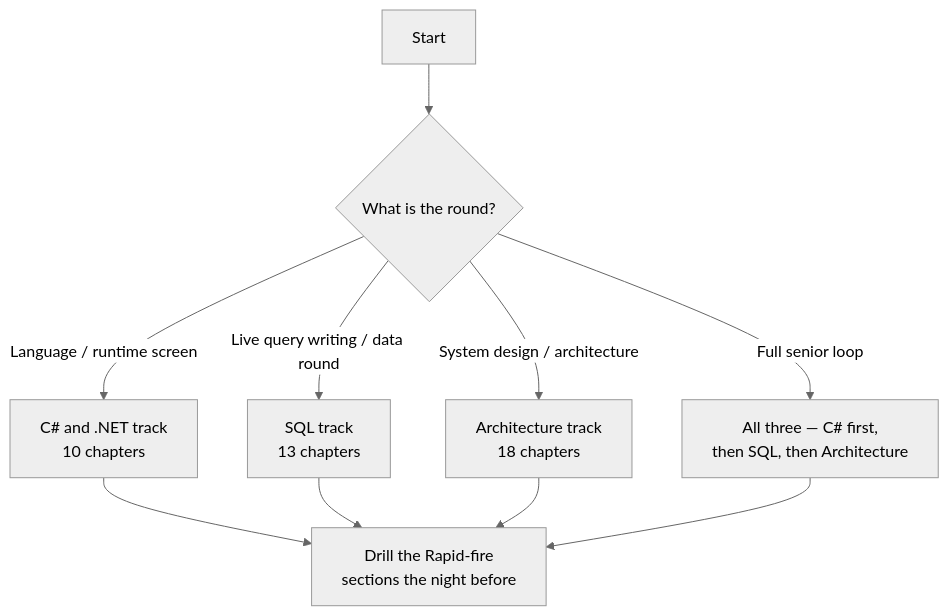
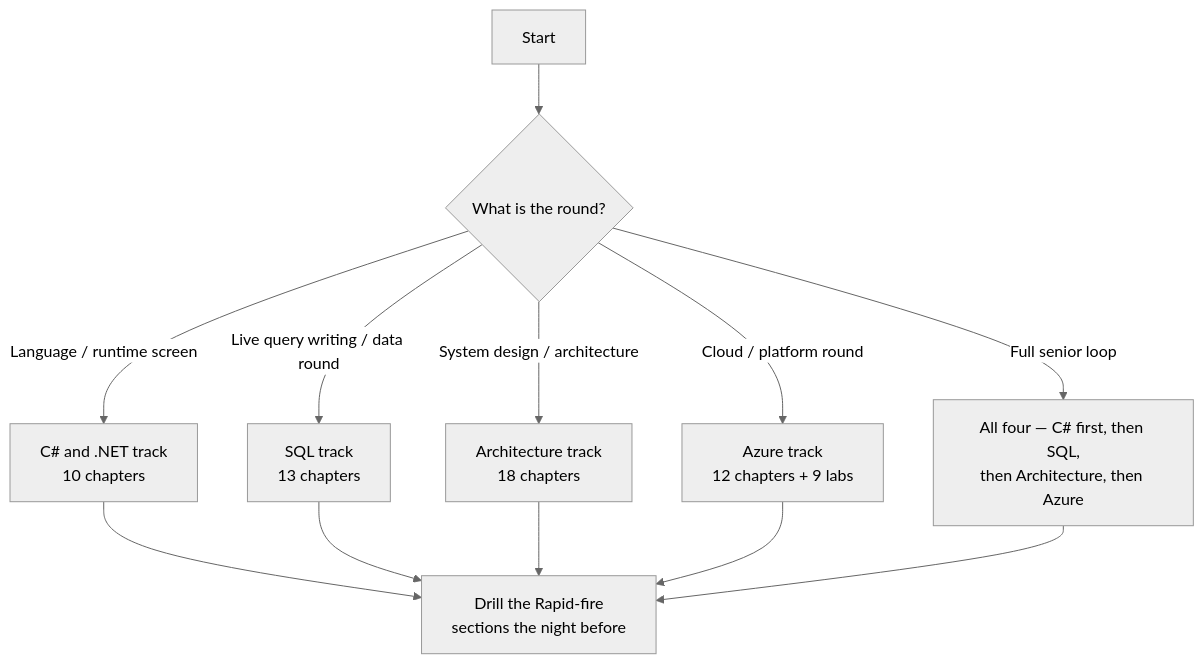
One commit to keshavsingh3197/content-blog changed the diagram in src/Interview/readme.md. Above: the diagram before and after it, drawn with Mermaid (neutral theme). The commit also changed other lines of this file and 23 other files, not shown here.

````diff
--- a/src/Interview/readme.md
+++ b/src/Interview/readme.md
@@ -27,12 +27,14 @@
 ```mermaid
 flowchart TB
   S["Start"] --> Q{"What is the round?"}
   Q -->|"Language / runtime screen"| A["C# and .NET track<br/>10 chapters"]
   Q -->|"Live query writing / data round"| B["SQL track<br/>13 chapters"]
   Q -->|"System design / architecture"| C["Architecture track<br/>18 chapters"]
-  Q -->|"Full senior loop"| D["All three — C# first,<br/>then SQL, then Architecture"]
+  Q -->|"Cloud / platform round"| F["Azure track<br/>12 chapters + 9 labs"]
+  Q -->|"Full senior loop"| D["All four — C# first, then SQL,<br/>then Architecture, then Azure"]
   A --> E["Drill the Rapid-fire<br/>sections the night before"]
   B --> E
   C --> E
+  F --> E
   D --> E
 ```
````
